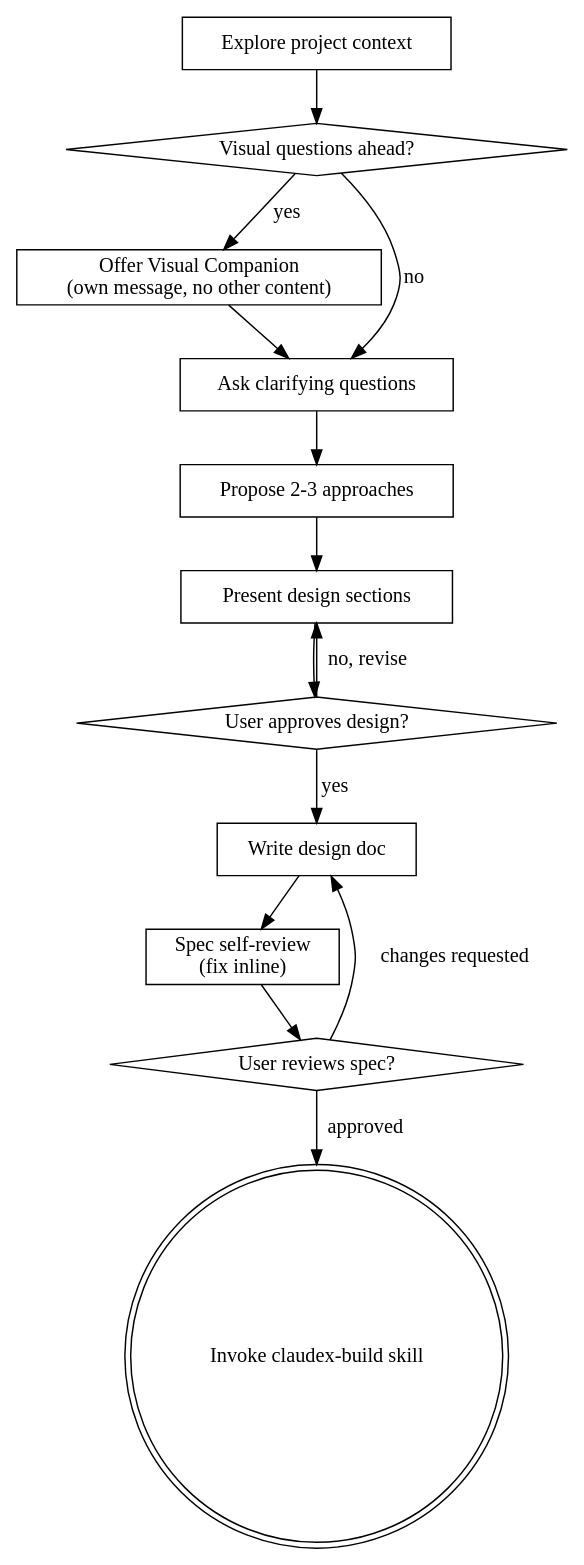
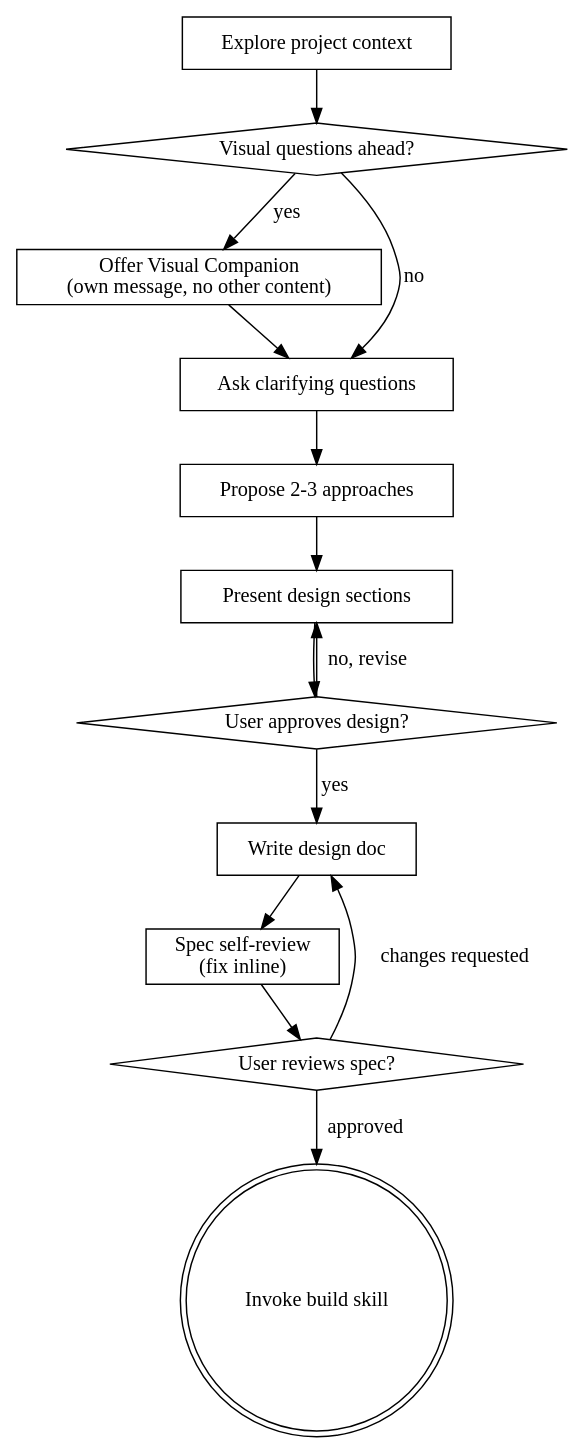
The diagram in skills/brainstorming/SKILL.md (WillInvest/ClaudeX), drawn with Graphviz before and after one commit. The commit also changed other lines of this file and 11 other files, not shown here.

````diff
--- a/skills/brainstorming/SKILL.md
+++ b/skills/brainstorming/SKILL.md
@@ -53,29 +53,29 @@
 ```dot
 digraph brainstorming {
     "Explore project context" [shape=box];
     "Visual questions ahead?" [shape=diamond];
     "Offer Visual Companion\n(own message, no other content)" [shape=box];
     "Ask clarifying questions" [shape=box];
     "Propose 2-3 approaches" [shape=box];
     "Present design sections" [shape=box];
     "User approves design?" [shape=diamond];
     "Write design doc" [shape=box];
     "Spec self-review\n(fix inline)" [shape=box];
     "User reviews spec?" [shape=diamond];
-    "Invoke claudex-build skill" [shape=doublecircle];
+    "Invoke build skill" [shape=doublecircle];
 
     "Explore project context" -> "Visual questions ahead?";
     "Visual questions ahead?" -> "Offer Visual Companion\n(own message, no other content)" [label="yes"];
     "Visual questions ahead?" -> "Ask clarifying questions" [label="no"];
     "Offer Visual Companion\n(own message, no other content)" -> "Ask clarifying questions";
     "Ask clarifying questions" -> "Propose 2-3 approaches";
     "Propose 2-3 approaches" -> "Present design sections";
     "Present design sections" -> "User approves design?";
     "User approves design?" -> "Present design sections" [label="no, revise"];
     "User approves design?" -> "Write design doc" [label="yes"];
     "Write design doc" -> "Spec self-review\n(fix inline)";
     "Spec self-review\n(fix inline)" -> "User reviews spec?";
     "User reviews spec?" -> "Write design doc" [label="changes requested"];
-    "User reviews spec?" -> "Invoke claudex-build skill" [label="approved"];
+    "User reviews spec?" -> "Invoke build skill" [label="approved"];
 }
 ```
````
